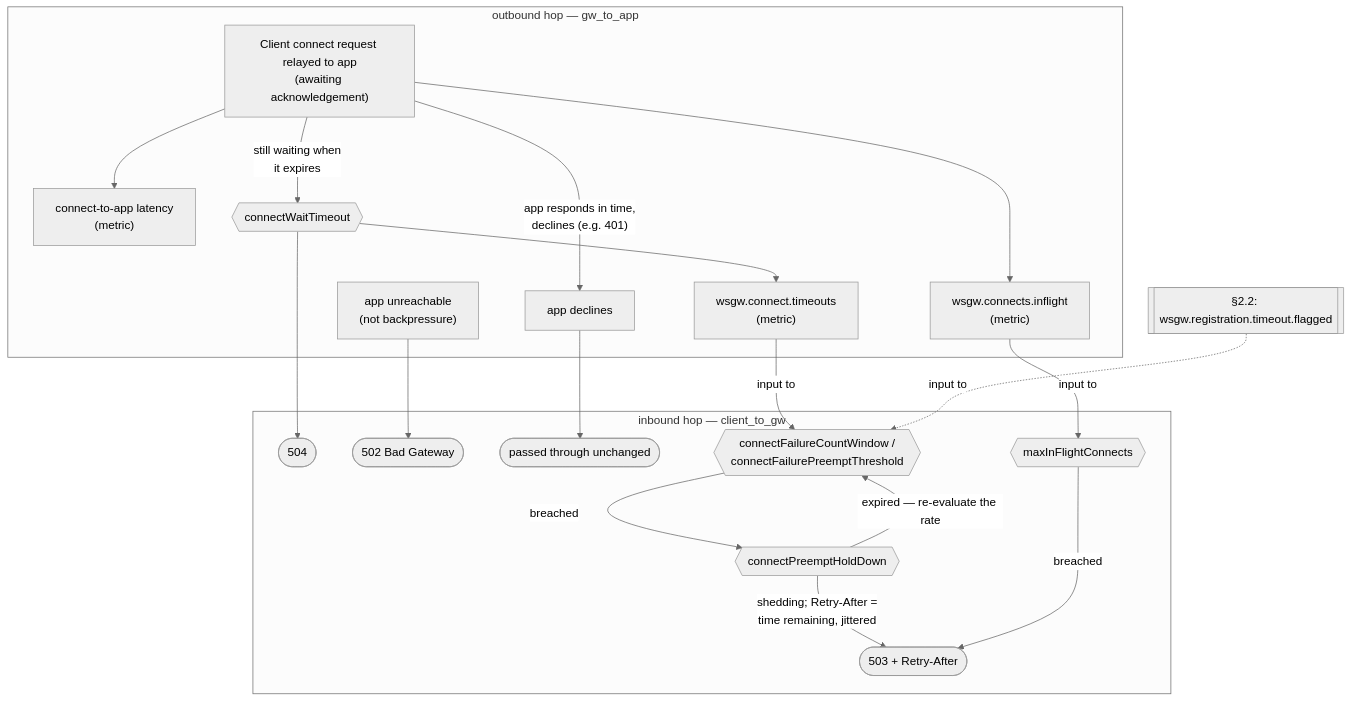
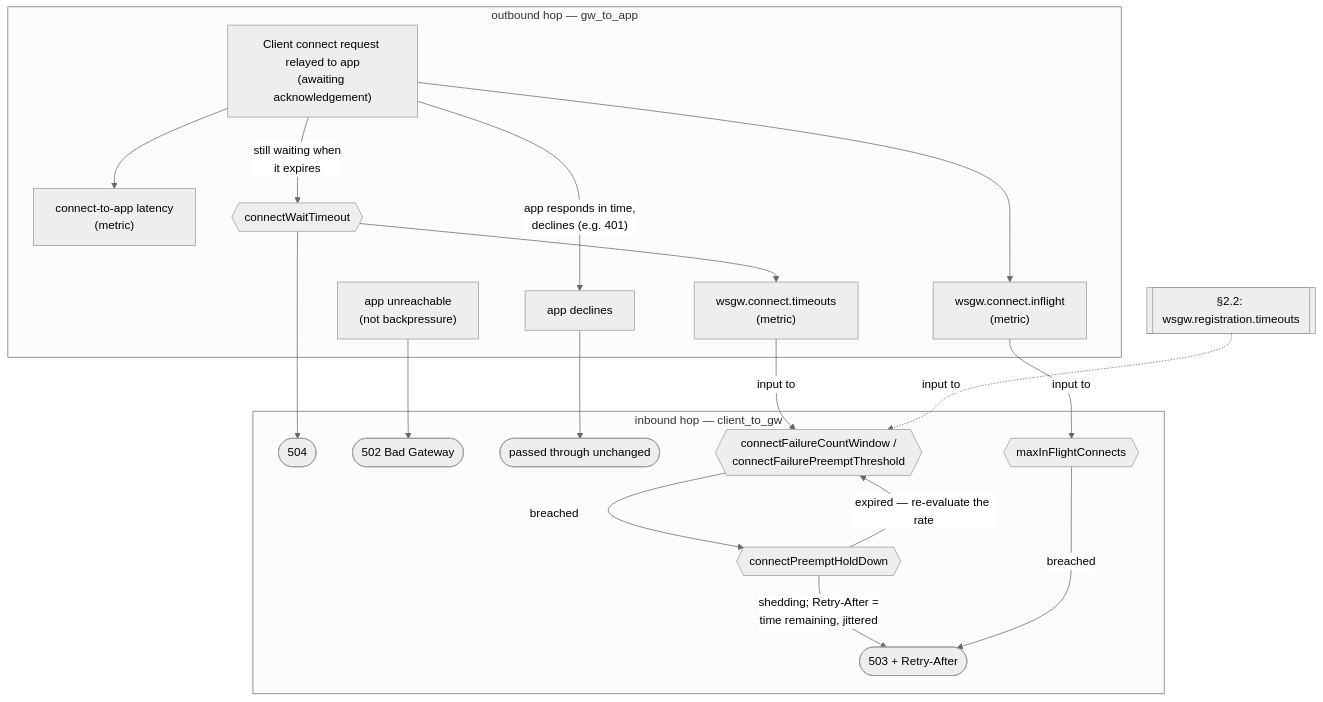
Before and after one commit to pdkovacs/wsgw-jakarta: the third of 4 diagrams in docs/backpressure.md, drawn with Mermaid (neutral theme). The commit also changed other lines of this file and 4 other files, not shown here.

````diff
--- a/docs/backpressure.md
+++ b/docs/backpressure.md
@@ -447,33 +447,33 @@
 ```mermaid
 flowchart TD
     subgraph inbound["inbound hop — client_to_gw"]
         Sig504(["504"])
         Sig502(["502 Bad Gateway"])
         SigPass(["passed through unchanged"])
         KnobMaxInFlight{{"maxInFlightConnects"}}
         KnobPreempt{{"connectFailureCountWindow /\nconnectFailurePreemptThreshold"}}
         KnobHoldDown{{"connectPreemptHoldDown"}}
         Sig503(["503 + Retry-After"])
         KnobPreempt -->|"breached"| KnobHoldDown
         KnobHoldDown -->|"expired — re-evaluate the rate"| KnobPreempt
         KnobHoldDown -->|"shedding; Retry-After =\ntime remaining, jittered"| Sig503
         KnobMaxInFlight -->|"breached"| Sig503
     end
 
     subgraph outbound["outbound hop — gw_to_app"]
         C0["Client connect request relayed to app\n(awaiting acknowledgement)"]
-        C0 --> MetricInFlight["wsgw.connects.inflight\n(metric)"]
+        C0 --> MetricInFlight["wsgw.connect.inflight\n(metric)"]
         C0 --> MetricLatency["connect-to-app latency\n(metric)"]
         C0 -->|"still waiting when\nit expires"| KnobTimeout{{"connectWaitTimeout"}}
         KnobTimeout --> MetricTimeoutCount["wsgw.connect.timeouts\n(metric)"]
         C0 -->|"app responds in time,\ndeclines (e.g. 401)"| AppDeclined["app declines"]
         AppUnreachable["app unreachable\n(not backpressure)"]
     end
 
     MetricInFlight -->|"input to"| KnobMaxInFlight
     MetricTimeoutCount -->|"input to"| KnobPreempt
-    ExtTerm[["§2.2: wsgw.registration.timeout.flagged"]] -.->|"input to"| KnobPreempt
+    ExtTerm[["§2.2: wsgw.registration.timeouts"]] -.->|"input to"| KnobPreempt
     KnobTimeout --> Sig504
     AppDeclined --> SigPass
     AppUnreachable --> Sig502
 ```
````
